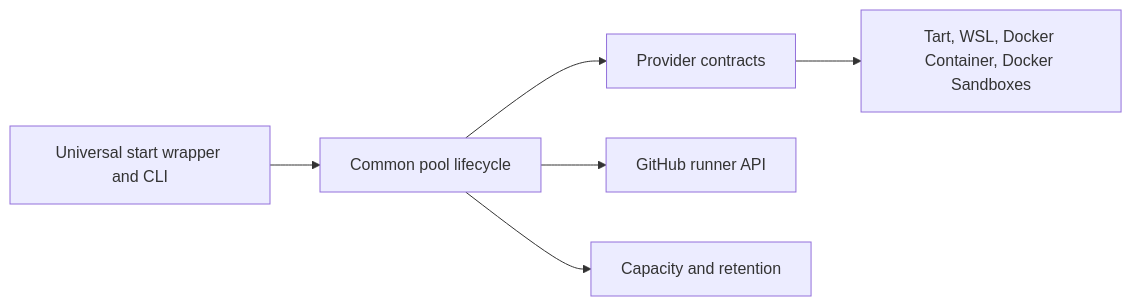
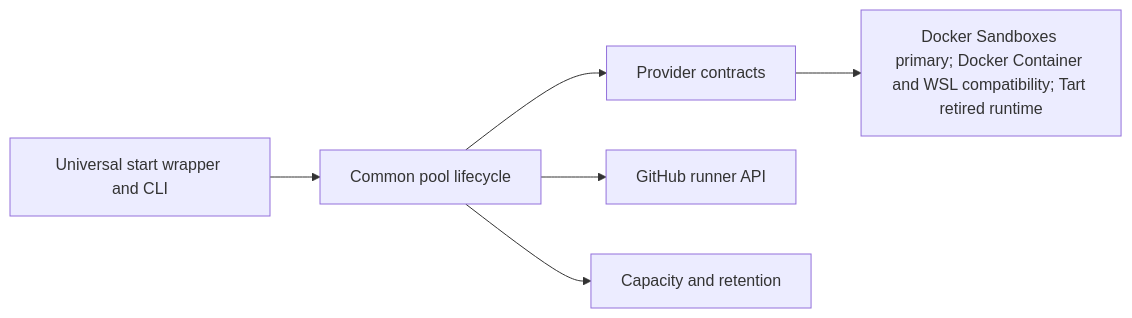
One commit to solutionforest/ephemeral-action-runner changed the diagram in docs/development/design.md. Above: the diagram before and after it, drawn with Mermaid. The commit also changed 33 other files, not shown here.

First line of the commit message:
Make Docker Sandboxes the primary onboarding path

````diff
--- a/docs/development/design.md
+++ b/docs/development/design.md
@@ -5,8 +5,8 @@
 ```mermaid
 flowchart LR
   CLI["Universal start wrapper and CLI"] --> Pool["Common pool lifecycle"]
   Pool --> Provider["Provider contracts"]
   Pool --> GitHub["GitHub runner API"]
   Pool --> Storage["Capacity and retention"]
-  Provider --> Implementations["Tart, WSL, Docker Container, Docker Sandboxes"]
+  Provider --> Implementations["Docker Sandboxes primary; Docker Container and WSL compatibility; Tart retired runtime"]
 ```
````
